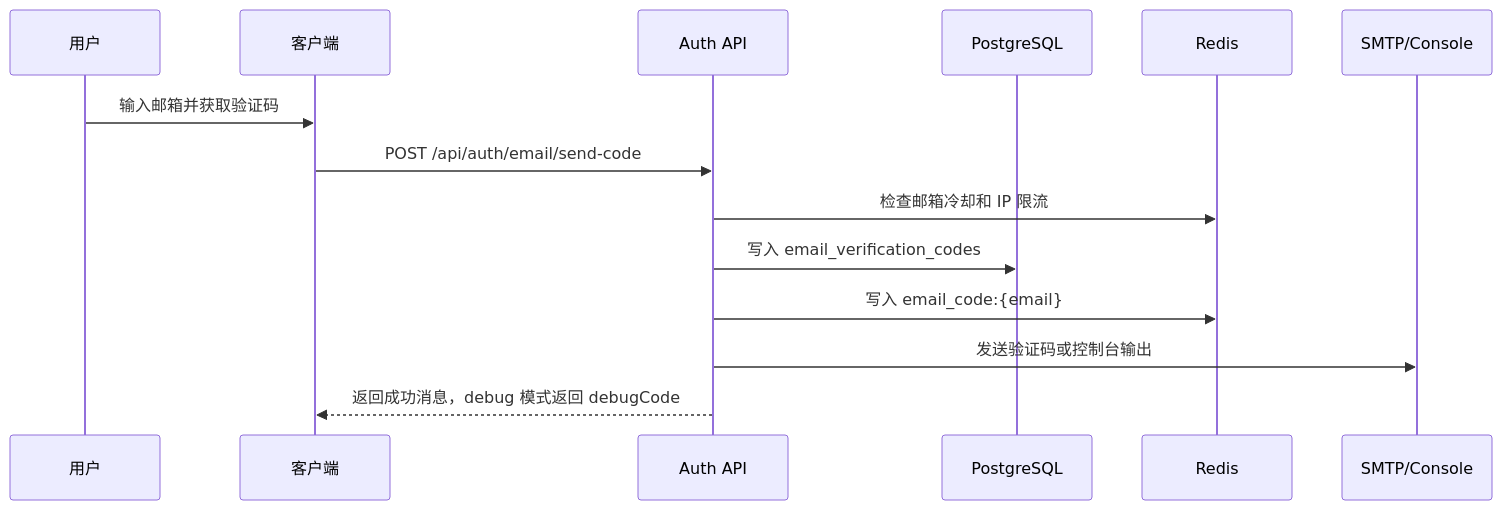
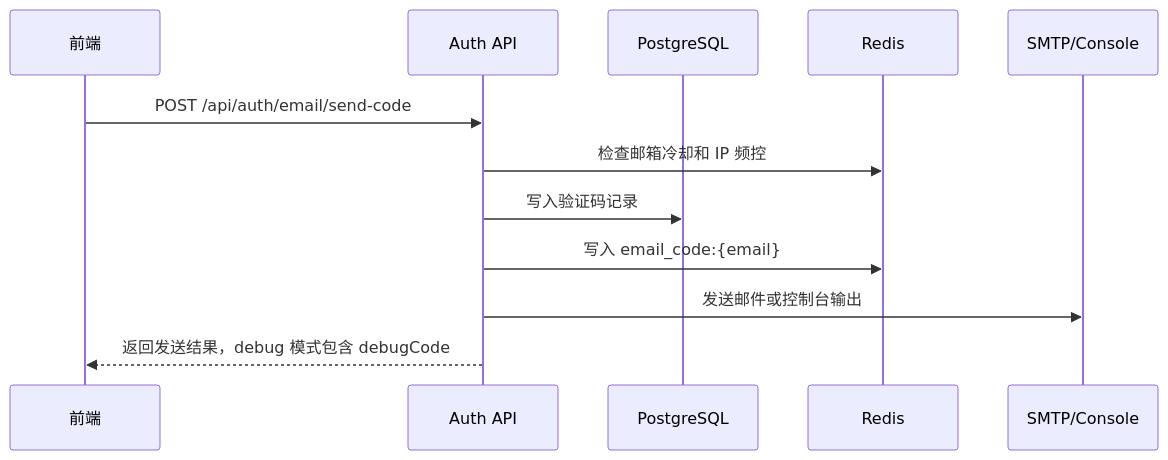
Before and after one commit to ivan-bai-1107/Caregiver: the second of 4 diagrams in PROJECT_ANALYSIS.md, drawn with Mermaid. The commit also changed other lines of this file, not shown here.

````diff
--- a/PROJECT_ANALYSIS.md
+++ b/PROJECT_ANALYSIS.md
@@ -137,17 +171,14 @@
 ```mermaid
 sequenceDiagram
-    participant U as 用户
-    participant C as 客户端
+    participant C as 前端
     participant A as Auth API
     participant DB as PostgreSQL
     participant R as Redis
     participant M as SMTP/Console
-
-    U->>C: 输入邮箱并获取验证码
     C->>A: POST /api/auth/email/send-code
-    A->>R: 检查邮箱冷却和 IP 限流
-    A->>DB: 写入 email_verification_codes
+    A->>R: 检查邮箱冷却和 IP 频控
+    A->>DB: 写入验证码记录
     A->>R: 写入 email_code:{email}
-    A->>M: 发送验证码或控制台输出
-    A-->>C: 返回成功消息，debug 模式返回 debugCode
+    A->>M: 发送邮件或控制台输出
+    A-->>C: 返回发送结果，debug 模式包含 debugCode
 ```
````
